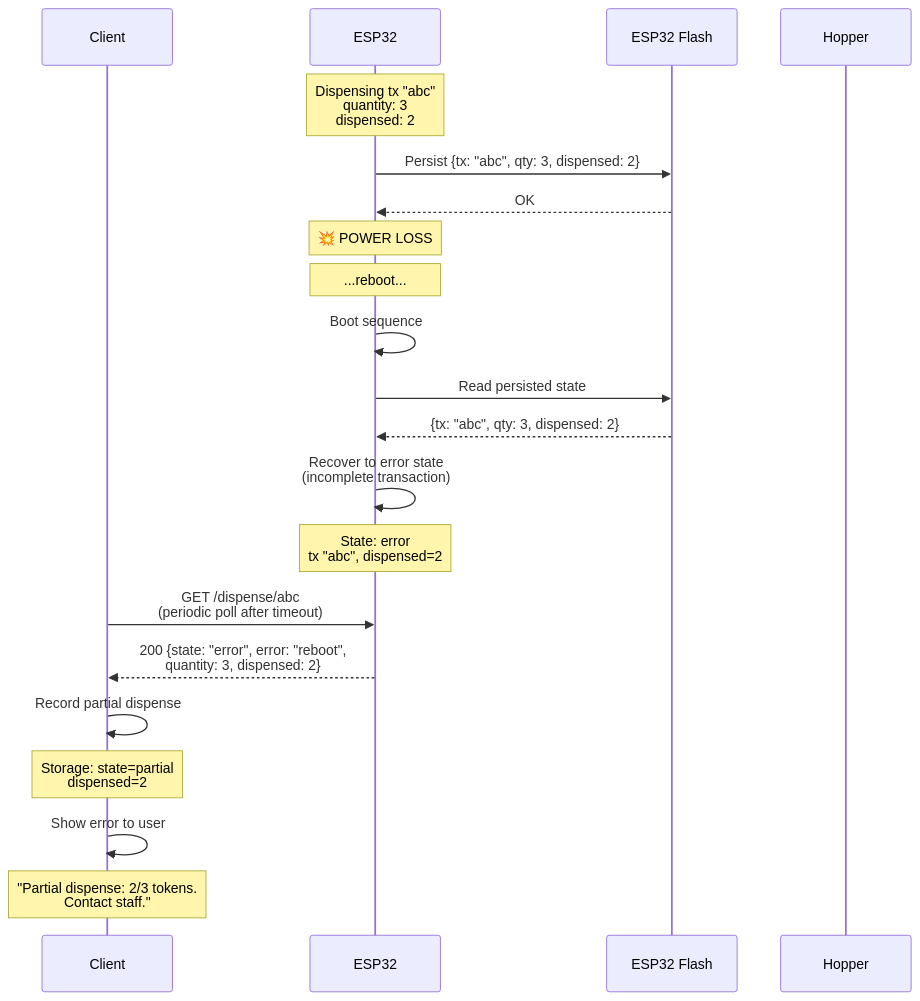
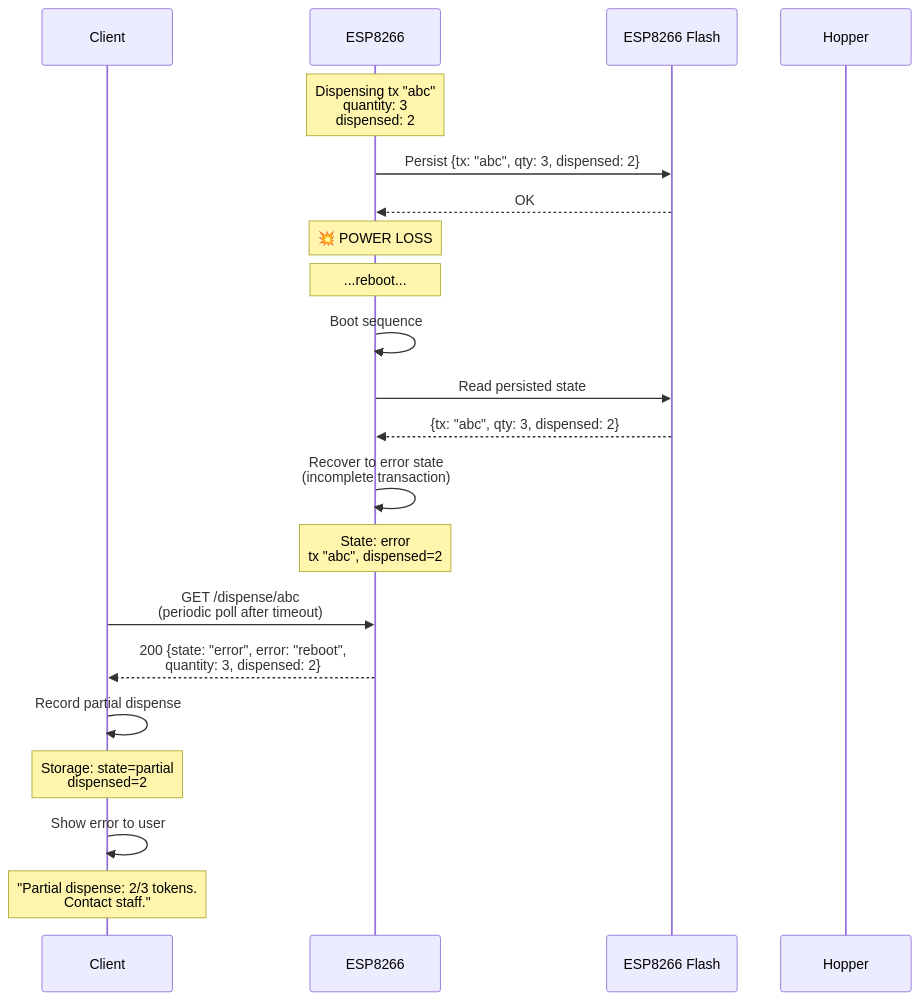
Diagram 12 of 26 in ARCHITECTURE.md (dgloeckner/remote-token-dispenser), drawn with Mermaid before and after one commit. The commit also changed other lines of this file and 21 other files, not shown here.

````diff
--- a/ARCHITECTURE.md
+++ b/ARCHITECTURE.md
@@ -635,33 +635,33 @@
 ```mermaid
 sequenceDiagram
     participant Client
-    participant ESP32
-    participant Flash as ESP32 Flash
+    participant ESP8266
+    participant Flash as ESP8266 Flash
     participant Hopper
 
-    Note over ESP32: Dispensing tx "abc"<br/>quantity: 3<br/>dispensed: 2
+    Note over ESP8266: Dispensing tx "abc"<br/>quantity: 3<br/>dispensed: 2
 
-    ESP32->>Flash: Persist {tx: "abc", qty: 3, dispensed: 2}
-    Flash-->>ESP32: OK
+    ESP8266->>Flash: Persist {tx: "abc", qty: 3, dispensed: 2}
+    Flash-->>ESP8266: OK
 
-    Note over ESP32: 💥 POWER LOSS
+    Note over ESP8266: 💥 POWER LOSS
 
-    Note over ESP32: ...reboot...
+    Note over ESP8266: ...reboot...
 
-    ESP32->>ESP32: Boot sequence
-    ESP32->>Flash: Read persisted state
-    Flash-->>ESP32: {tx: "abc", qty: 3, dispensed: 2}
+    ESP8266->>ESP8266: Boot sequence
+    ESP8266->>Flash: Read persisted state
+    Flash-->>ESP8266: {tx: "abc", qty: 3, dispensed: 2}
 
-    ESP32->>ESP32: Recover to error state<br/>(incomplete transaction)
-    Note over ESP32: State: error<br/>tx "abc", dispensed=2
+    ESP8266->>ESP8266: Recover to error state<br/>(incomplete transaction)
+    Note over ESP8266: State: error<br/>tx "abc", dispensed=2
 
-    Client->>ESP32: GET /dispense/abc<br/>(periodic poll after timeout)
+    Client->>ESP8266: GET /dispense/abc<br/>(periodic poll after timeout)
 
-    ESP32-->>Client: 200 {state: "error", error: "reboot",<br/>quantity: 3, dispensed: 2}
+    ESP8266-->>Client: 200 {state: "error", error: "reboot",<br/>quantity: 3, dispensed: 2}
 
     Client->>Client: Record partial dispense
     Note over Client: Storage: state=partial<br/>dispensed=2
 
     Client->>Client: Show error to user
     Note over Client: "Partial dispense: 2/3 tokens.<br/>Contact staff."
 ```
````
